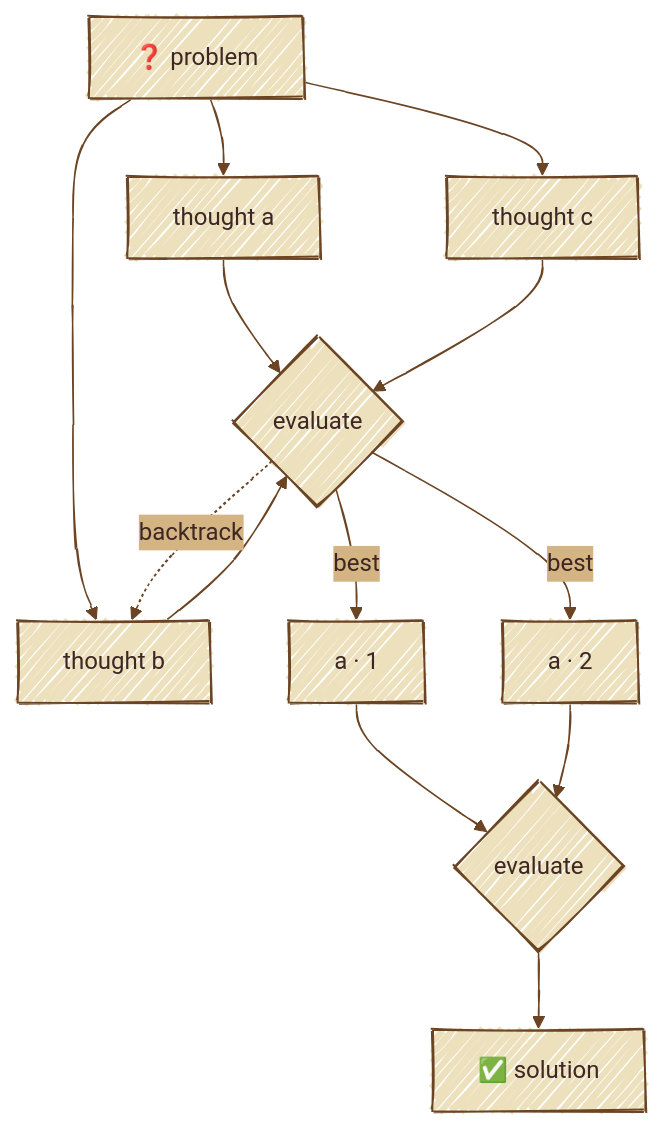
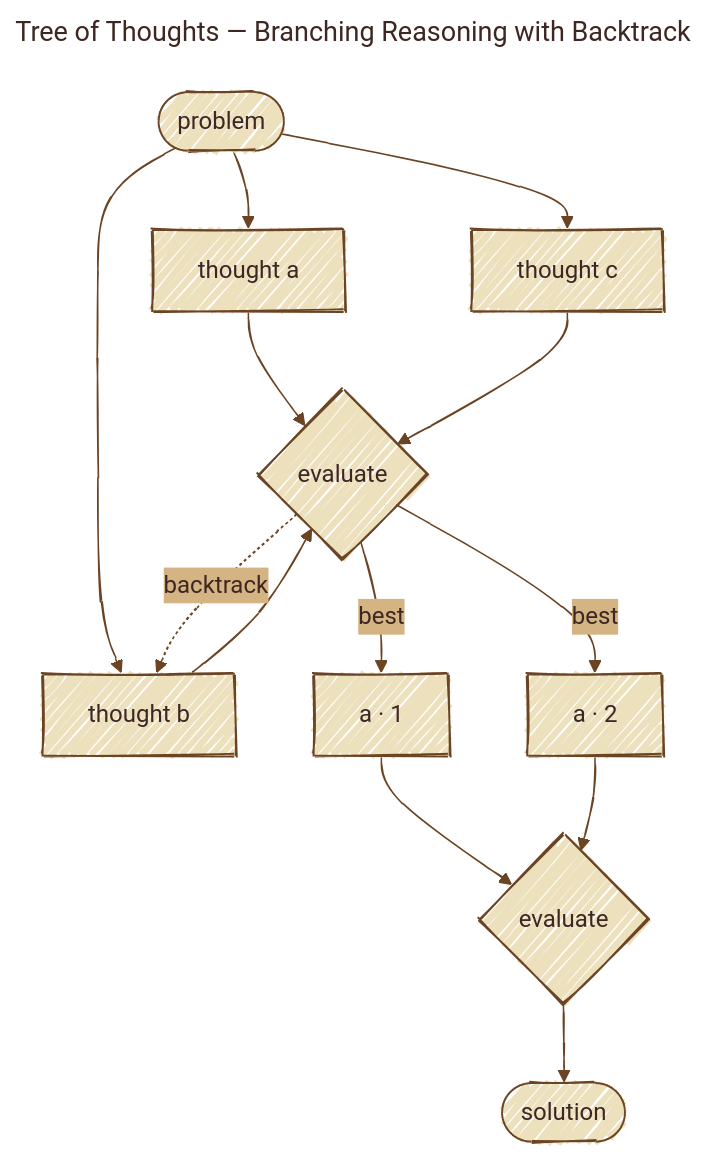
One commit to gtesei/agentic_design_patterns changed diagram 13 of 29 in README.md. Above: the diagram before and after it, drawn with Mermaid. The commit also changed other lines of this file, not shown here.

Commit message:
docs(1_prompt_chain): add Mermaid diagram of the spec→JSON chain

````diff
--- a/README.md
+++ b/README.md
@@ -735,17 +836,16 @@
 ```mermaid
+---
+title: Tree of Thoughts — Branching Reasoning with Backtrack
+---
 %%{init: {'look':'handDrawn','theme':'base','themeVariables':{'background':'#f5ecd9','primaryColor':'#ede0bd','primaryBorderColor':'#6b4423','primaryTextColor':'#3e2723','lineColor':'#6b4423','secondaryColor':'#d4b483','tertiaryColor':'#c9a872','fontFamily':'Caveat, Patrick Hand, cursive'}}}%%
 flowchart TB
-    Q["❓ problem"]
-    Q --> Ta[thought a]
-    Q --> Tb[thought b]
-    Q --> Tc[thought c]
-    Ta --> E1{evaluate}
-    Tb --> E1
-    Tc --> E1
-    E1 -- "best" --> Ta1[a · 1]
-    E1 -- "best" --> Ta2[a · 2]
-    Ta1 --> E2{evaluate}
-    Ta2 --> E2
-    E2 --> Sol["✅ solution"]
+    Q([problem])
+    Sol([solution])
+
+    Q --> Ta[thought a] & Tb[thought b] & Tc[thought c]
+    Ta & Tb & Tc --> E1{evaluate}
+    E1 -- "best" --> Ta1[a · 1] & Ta2[a · 2]
+    Ta1 & Ta2 --> E2{evaluate}
+    E2 --> Sol
     E1 -. "backtrack" .-> Tb
 ```
````
